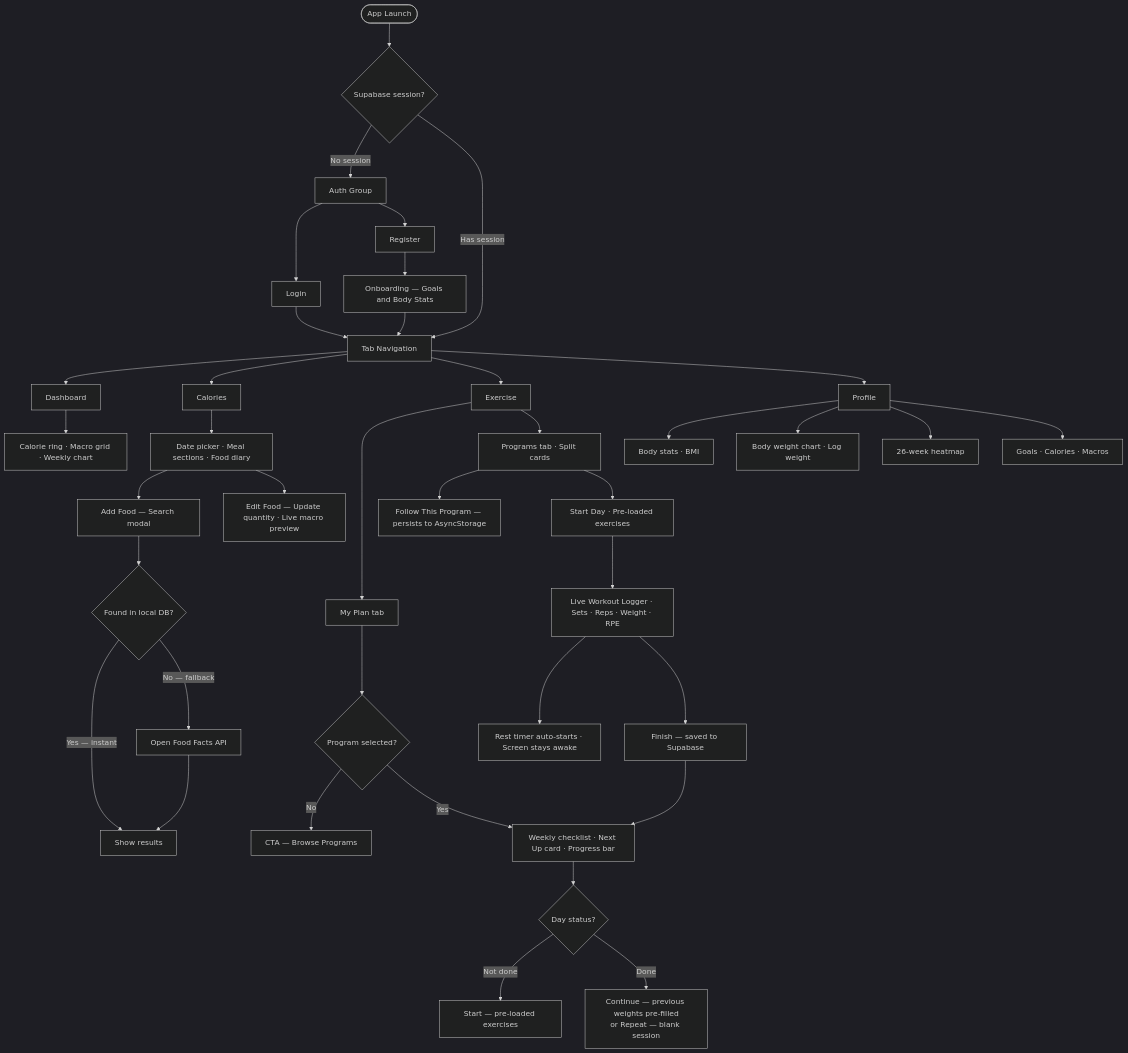
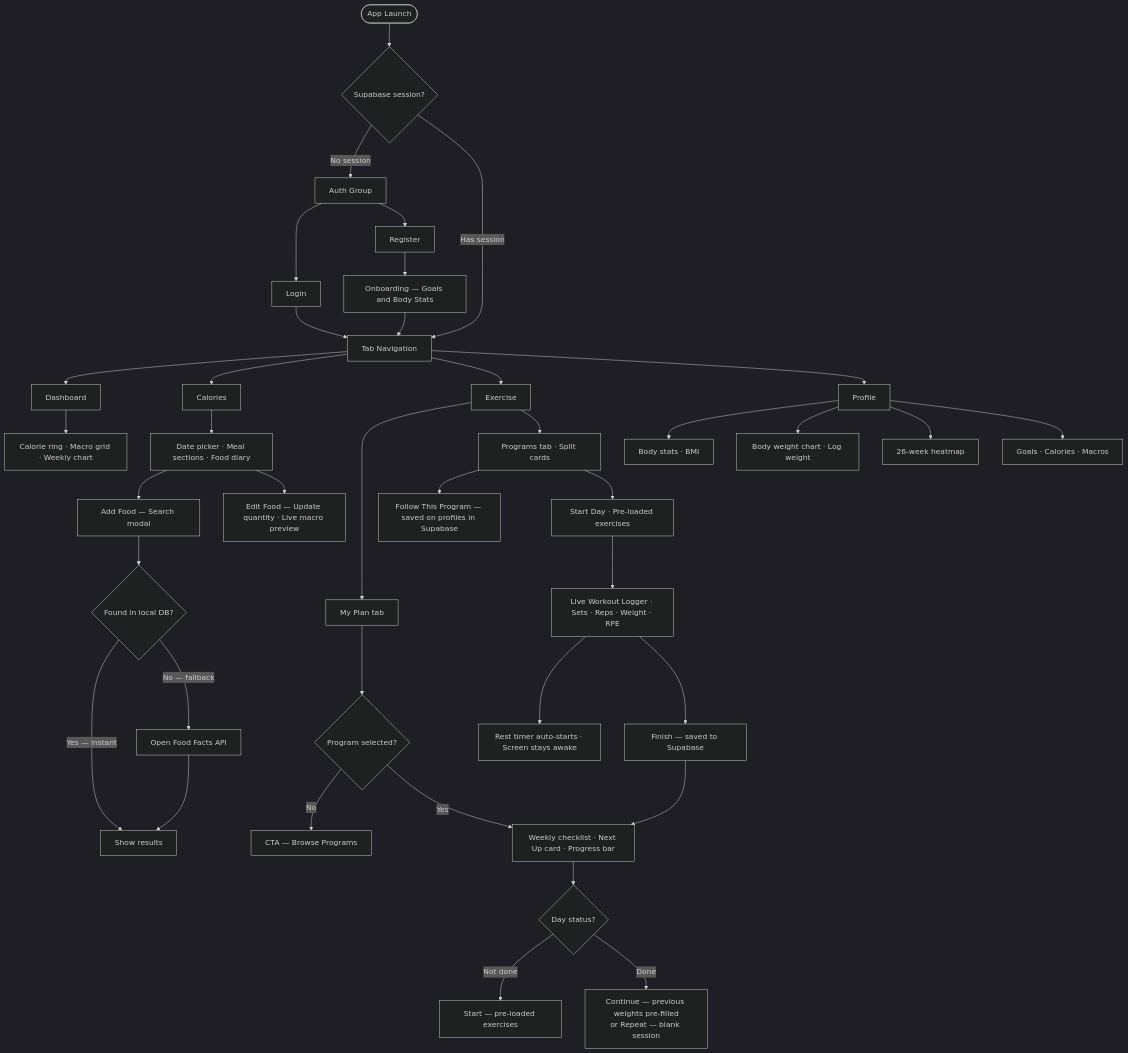
Before and after one commit to cvm101/FitGuru: the second of 5 diagrams in README.md, drawn with Mermaid (dark theme). The commit also changed other lines of this file and 9 other files, not shown here.

````diff
--- a/README.md
+++ b/README.md
@@ -98,47 +100,47 @@
 ```mermaid
 flowchart TD
     Launch([App Launch]) --> AuthGate{Supabase session?}
 
     AuthGate -->|No session| AuthGroup["Auth Group"]
     AuthGroup --> Login["Login"]
     AuthGroup --> Register["Register"]
     Register --> Onboarding["Onboarding — Goals and Body Stats"]
     Login & Onboarding --> TabGroup
 
     AuthGate -->|Has session| TabGroup["Tab Navigation"]
 
     TabGroup --> T1["Dashboard"]
     TabGroup --> T2["Calories"]
     TabGroup --> T3["Exercise"]
     TabGroup --> T4["Profile"]
 
     T1 --> D1["Calorie ring · Macro grid · Weekly chart"]
 
     T2 --> C1["Date picker · Meal sections · Food diary"]
     C1 --> C2["Add Food — Search modal"]
     C1 --> C_edit["Edit Food — Update quantity · Live macro preview"]
     C2 --> C3{"Found in local DB?"}
     C3 -->|"Yes — instant"| C4["Show results"]
     C3 -->|"No — fallback"| C5["Open Food Facts API"]
     C5 --> C4
 
     T3 --> E0["My Plan tab"]
     E0 --> E0a{"Program selected?"}
     E0a -->|"No"| E0b["CTA — Browse Programs"]
     E0a -->|"Yes"| E0c["Weekly checklist · Next Up card · Progress bar"]
     E0c --> E0d{"Day status?"}
     E0d -->|"Not done"| E0e["Start — pre-loaded exercises"]
     E0d -->|"Done"| E0f["Continue — previous weights pre-filled\nor Repeat — blank session"]
     T3 --> E1["Programs tab · Split cards"]
-    E1 --> E1a["Follow This Program — persists to AsyncStorage"]
+    E1 --> E1a["Follow This Program — saved on profiles in Supabase"]
     E1 --> E2["Start Day · Pre-loaded exercises"]
     E2 --> E3["Live Workout Logger · Sets · Reps · Weight · RPE"]
     E3 --> E4["Rest timer auto-starts · Screen stays awake"]
     E3 --> E5["Finish — saved to Supabase"]
     E5 --> E0c
 
     T4 --> P1["Body stats · BMI"]
     T4 --> P2["Body weight chart · Log weight"]
     T4 --> P3["26-week heatmap"]
     T4 --> P4["Goals · Calories · Macros"]
 ```
````
